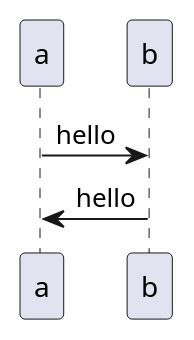
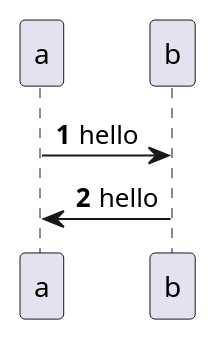
One commit to SEU-LYJ/MyDoc changed the second of 2 diagrams in 工具环境教程/vscode/vscode配置markdown和uml环境.md. Above: the diagram before and after it, drawn with PlantUML. The commit also changed other lines of this file and 1 other file, not shown here.

````diff
--- a/工具环境教程/vscode/vscode配置markdown和uml环境.md
+++ b/工具环境教程/vscode/vscode配置markdown和uml环境.md
@@ -51,7 +56,5 @@
-``` plantuml
-@startuml
+```plantuml
+autonumber
 a -> b: hello
 b -> a: hello
-
-@enduml
 ```
````
